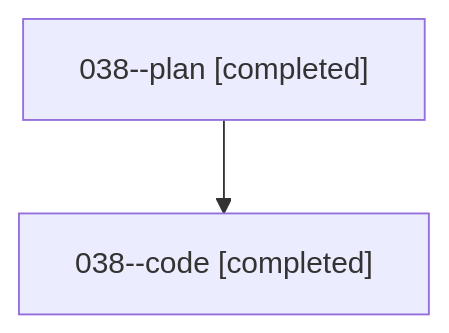
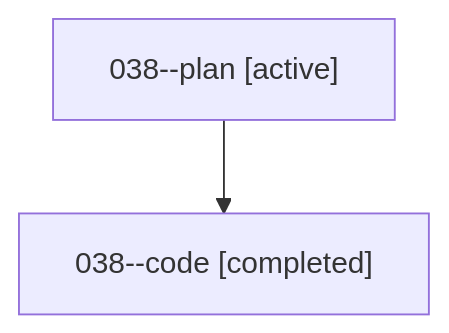
Before and after one commit to sase-org/sase--agents: the diagram in families/bbugyi200.athena.038.md, drawn with Mermaid. The commit also changed other lines of this file and 35830 other files, not shown here.

````diff
--- a/families/bbugyi200.athena.038.md
+++ b/families/bbugyi200.athena.038.md
@@ -9,6 +9,6 @@
 ```mermaid
 flowchart TD
-  n0["038--plan [completed]"]
+  n0["038--plan [active]"]
   n1["038--code [completed]"]
   n0 --> n1
 ```
````
